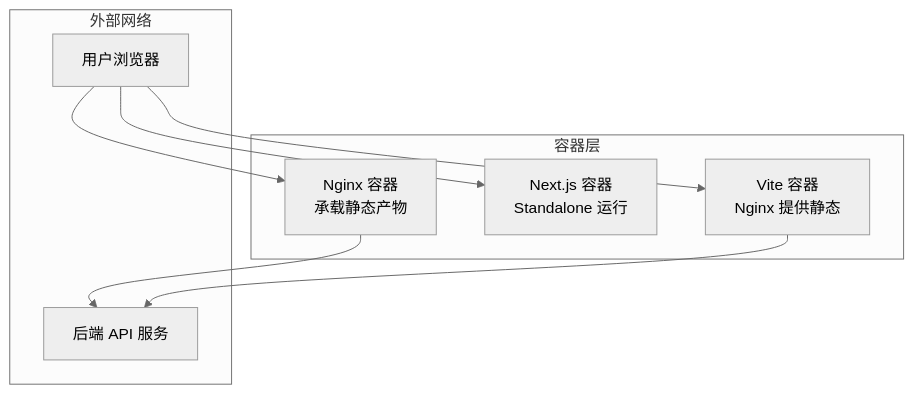
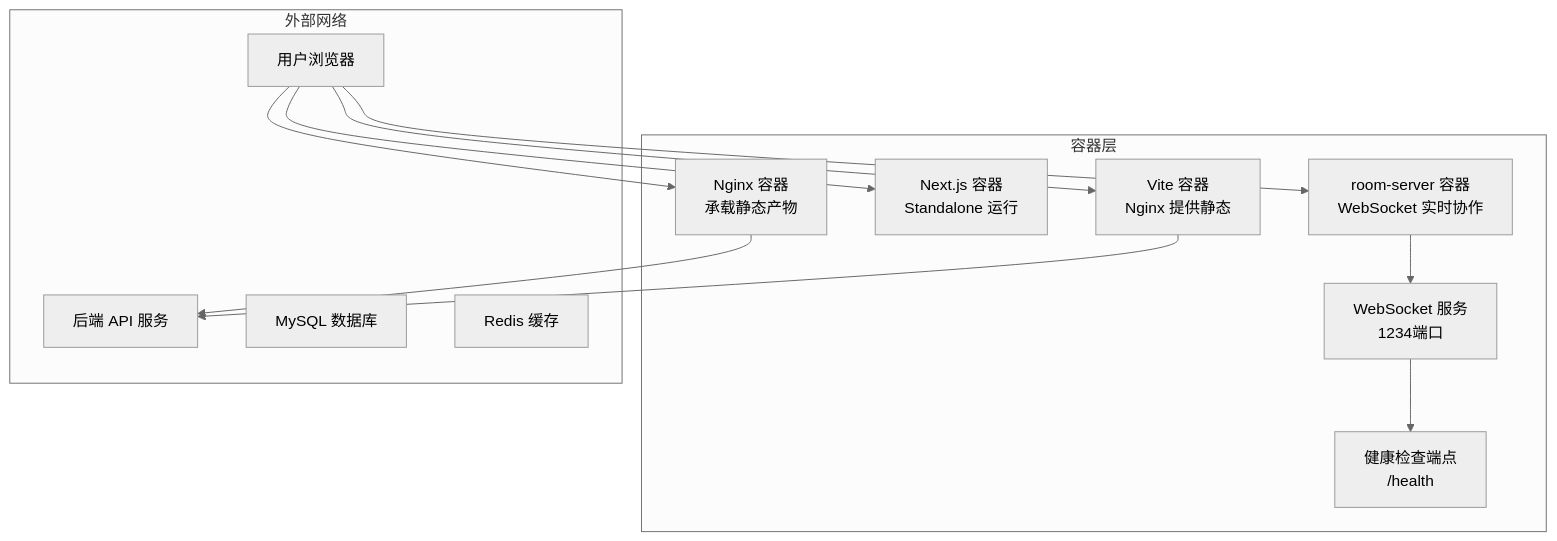
Before and after one commit to LRF0422/Kotion: the second of 8 diagrams in .qoder/repowiki/zh/content/部署配置/Docker容器化.md, drawn with Mermaid (neutral theme). The commit also changed other lines of this file and 75 other files, not shown here.

````diff
--- a/.qoder/repowiki/zh/content/部署配置/Docker容器化.md
+++ b/.qoder/repowiki/zh/content/部署配置/Docker容器化.md
@@ -91,17 +120,25 @@
 ```mermaid
 graph TB
 subgraph "容器层"
 LNX["Nginx 容器<br/>承载静态产物"]
 NEXT["Next.js 容器<br/>Standalone 运行"]
 VITE["Vite 容器<br/>Nginx 提供静态"]
+RS["room-server 容器<br/>WebSocket 实时协作"]
+WS["WebSocket 服务<br/>1234端口"]
+ENDPOINT["健康检查端点<br/>/health"]
 end
 subgraph "外部网络"
 U["用户浏览器"]
 API["后端 API 服务"]
+DB["MySQL 数据库"]
+REDIS["Redis 缓存"]
 end
 U --> LNX
 U --> NEXT
 U --> VITE
+U --> RS
 LNX --> API
 VITE --> API
+RS --> WS
+WS --> ENDPOINT
 ```
````
